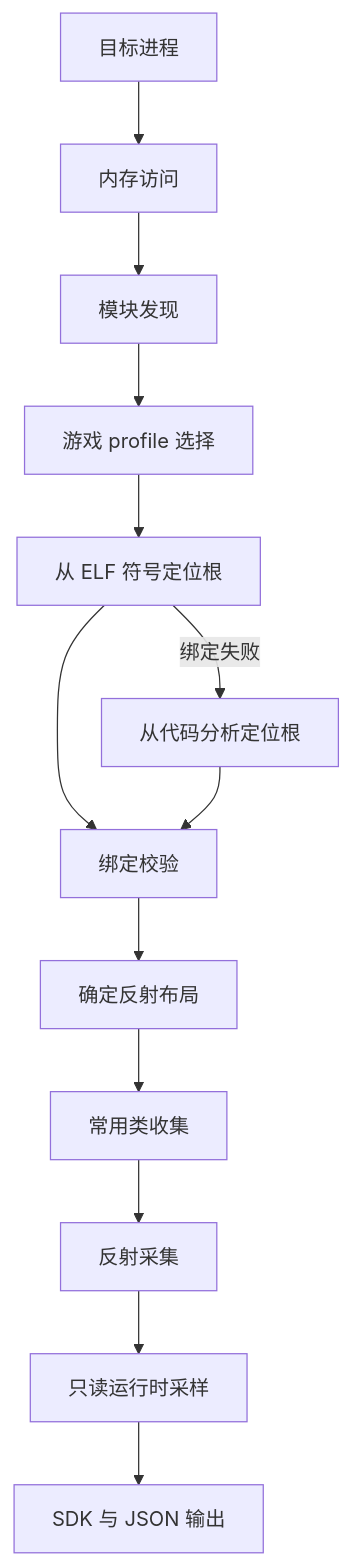
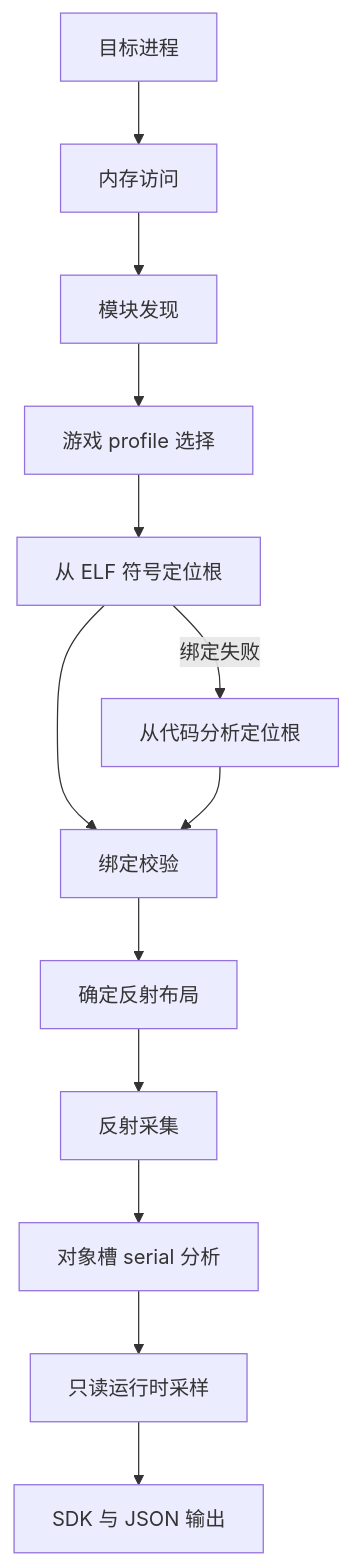
One commit to Ezeny1337/NextDumper changed the diagram in README_zh.md. Above: the diagram before and after it, drawn with Mermaid. The commit also changed other lines of this file and 1 other file, not shown here.

Commit message:
docs(readme): 更新 README

````diff
--- a/README_zh.md
+++ b/README_zh.md
@@ -32,15 +32,15 @@
 ```mermaid
 flowchart TD
     A[目标进程] --> B[内存访问]
     B --> C[模块发现]
     C --> D[游戏 profile 选择]
     D --> E[从 ELF 符号定位根]
     E -->|绑定失败| E2[从代码分析定位根]
     E --> F[绑定校验]
     E2 --> F
     F --> G[确定反射布局]
-    G --> H[常用类收集]
-    H --> I[反射采集]
+    G --> H[反射采集]
+    H --> I[对象槽 serial 分析]
     I --> J[只读运行时采样]
     J --> K[SDK 与 JSON 输出]
 ```
````
